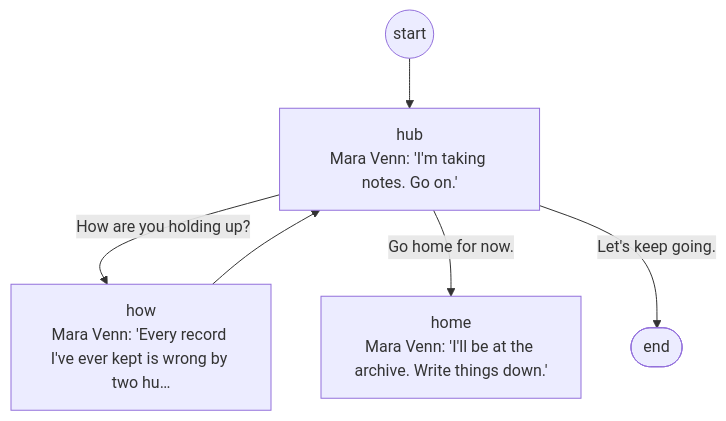
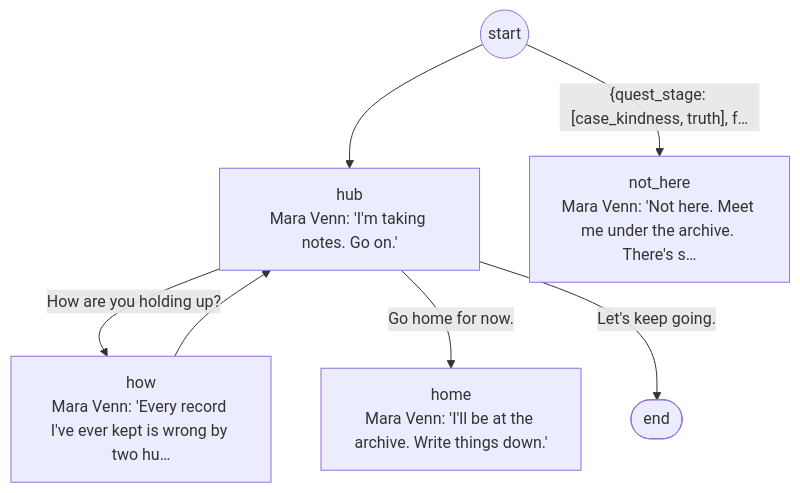
One commit to DoctorStrangeSH/ECHOES-OF-THE-VEIL changed diagram 19 of 56 in docs/generated/dialogue.md. Above: the diagram before and after it, drawn with Mermaid. The commit also changed other lines of this file and 38 other files, not shown here.

````diff
--- a/docs/generated/dialogue.md
+++ b/docs/generated/dialogue.md
@@ -339,13 +342,15 @@
 ```mermaid
 flowchart TD
   camp_mara_START(("start"))
   camp_mara_START --> camp_mara_hub
+  camp_mara_START -->|"{quest_stage: [case_kindness, truth], f…"| camp_mara_not_here
   camp_mara_hub["hub<br/>Mara Venn: 'I'm taking notes. Go on.'"]
   camp_mara_hub -->|"How are you holding up?"| camp_mara_how
   camp_mara_hub -->|"Go home for now."| camp_mara_home
   camp_mara_hub_end_2(["end"])
   camp_mara_hub -->|"Let's keep going."| camp_mara_hub_end_2
   camp_mara_how["how<br/>Mara Venn: 'Every record I've ever kept is wrong by two hu…"]
   camp_mara_how --> camp_mara_hub
   camp_mara_home["home<br/>Mara Venn: 'I'll be at the archive. Write things down.'"]
+  camp_mara_not_here["not_here<br/>Mara Venn: 'Not here. Meet me under the archive. There's s…"]
 ```
````
